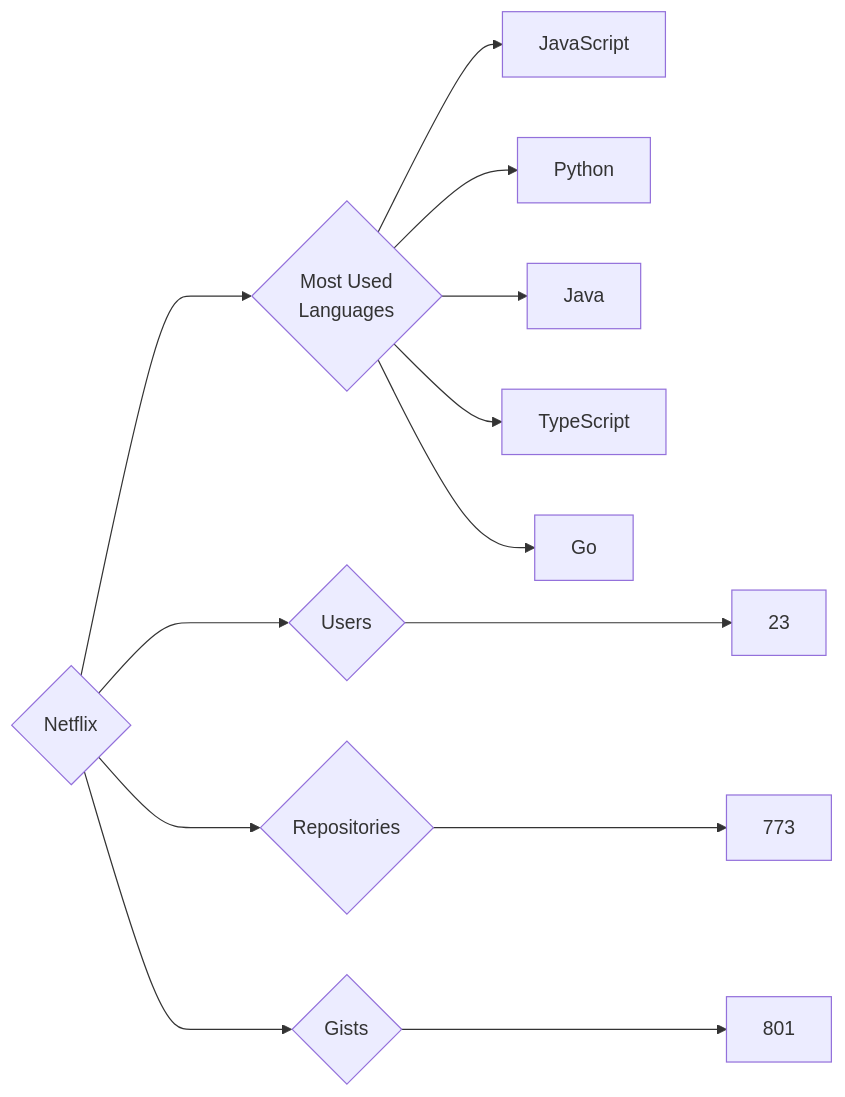
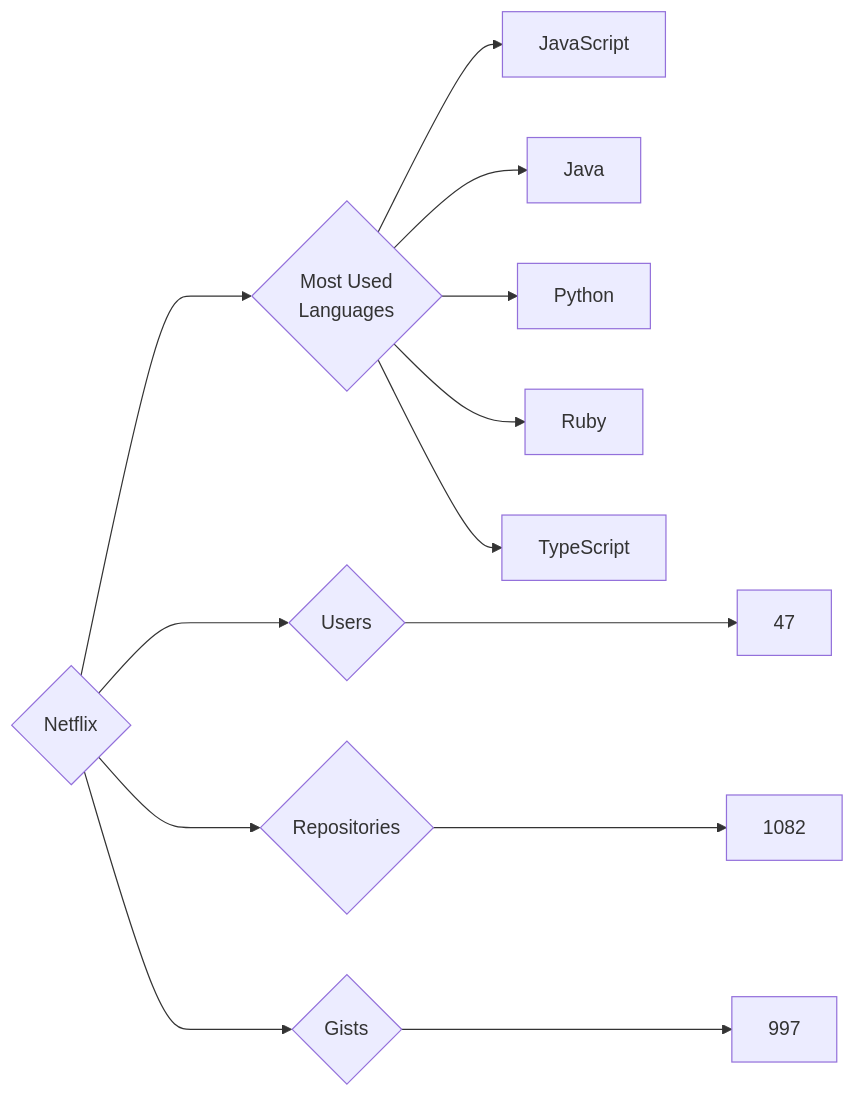
The diagram in targets/Netflix/README.md (trickest/insiders), drawn with Mermaid before and after one commit. The commit also changed 695 other files, not shown here.

````diff
--- a/targets/Netflix/README.md
+++ b/targets/Netflix/README.md
@@ -3,13 +3,13 @@
 ```mermaid
 graph LR
 COMPANY_NAME{Netflix}
-COMPANY_NAME ---> U{Users} ---> UN[23]
-COMPANY_NAME ---> R{Repositories} ---> RN[773]
-COMPANY_NAME ---> G{Gists} ---> GN[801]
+COMPANY_NAME ---> U{Users} ---> UN[47]
+COMPANY_NAME ---> R{Repositories} ---> RN[1082]
+COMPANY_NAME ---> G{Gists} ---> GN[997]
 COMPANY_NAME ---> ML{Most Used<br>Languages}
 ML --> JavaScript[JavaScript]
+ML --> Java[Java]
 ML --> Python[Python]
-ML --> Java[Java]
+ML --> Ruby[Ruby]
 ML --> TypeScript[TypeScript]
-ML --> Go[Go]
 ```
````
